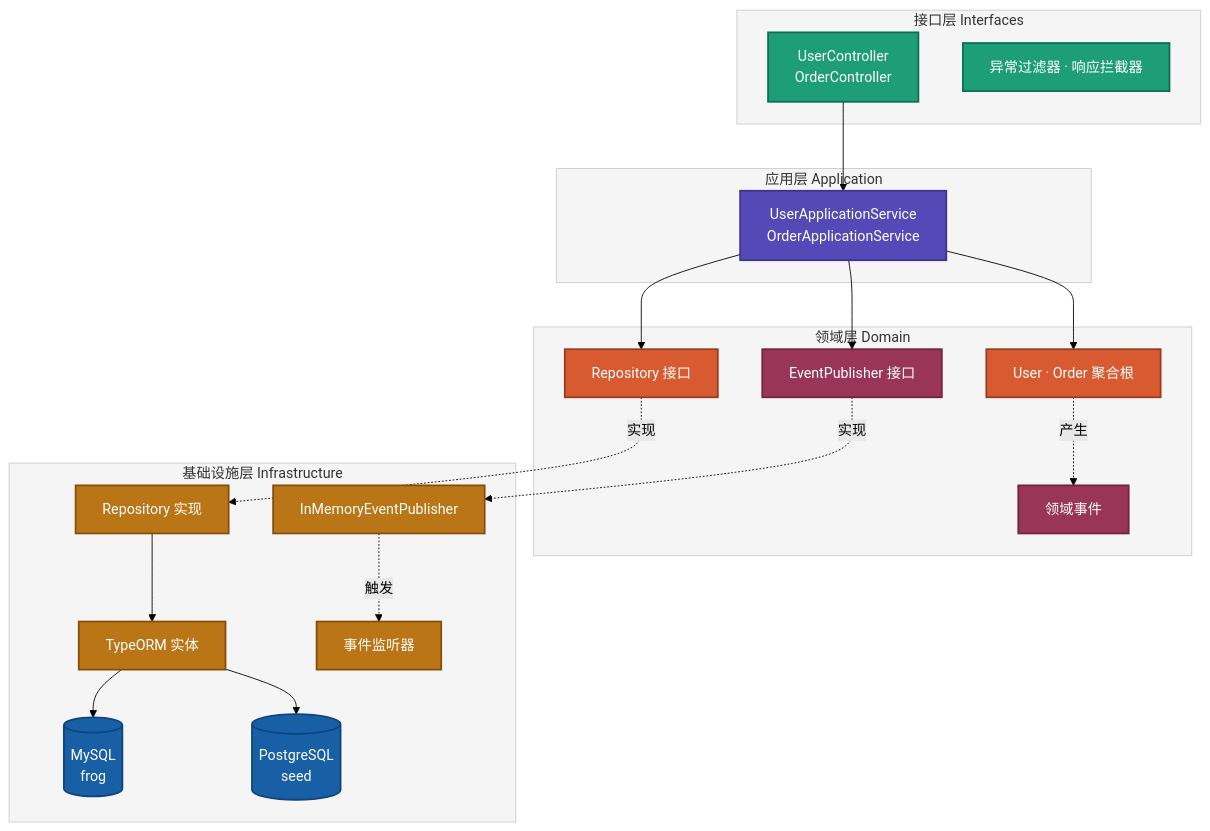
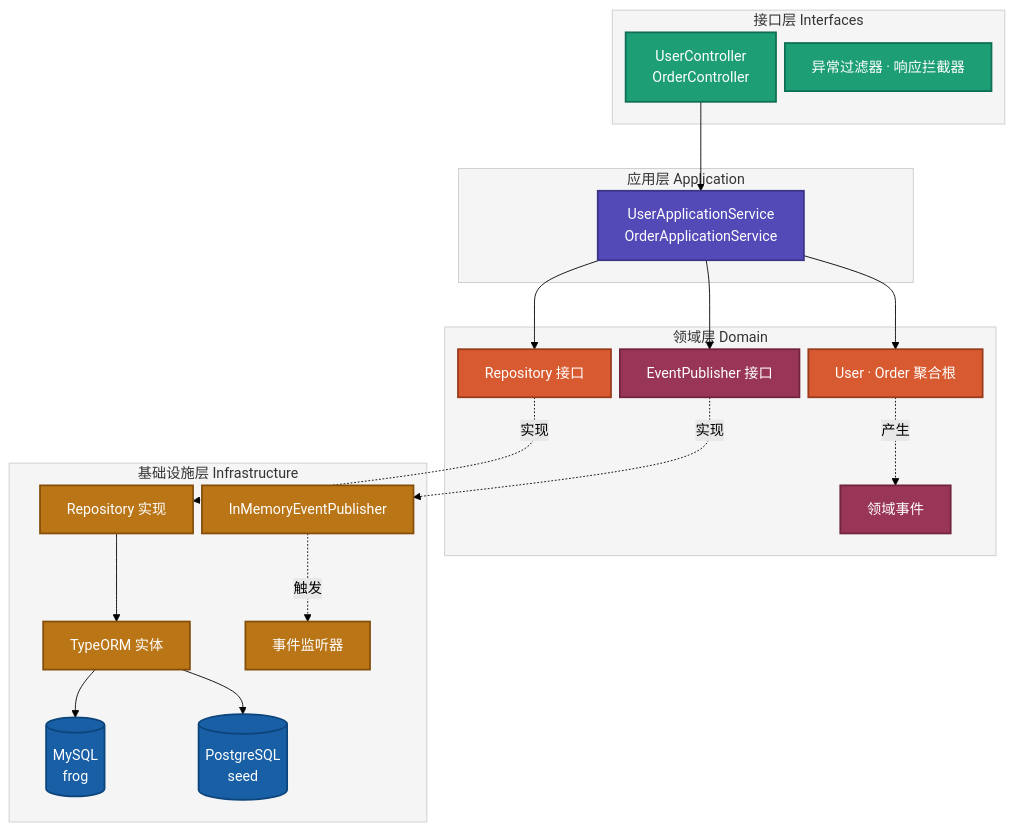
Before and after one commit to microwind/design-patterns: the second of 5 diagrams in practice-projects/nestjs-ddd/NestJS-DDD-Scaffold.md, drawn with Mermaid (forest theme). The commit also changed other lines of this file and 8 other files, not shown here.

````diff
--- a/practice-projects/nestjs-ddd/NestJS-DDD-Scaffold.md
+++ b/practice-projects/nestjs-ddd/NestJS-DDD-Scaffold.md
@@ -107,58 +105,59 @@
 ```mermaid
+%%{init: {'flowchart': {'nodeSpacing': 10, 'rankSpacing': 50}}}%%
 flowchart TB
     subgraph IF["接口层 Interfaces"]
         Controller["UserController<br/>OrderController"]
         Wrapper["异常过滤器 · 响应拦截器"]
     end
 
     subgraph APP["应用层 Application"]
         AppService["UserApplicationService<br/>OrderApplicationService"]
     end
 
     subgraph DOMAIN["领域层 Domain"]
         Aggregate["User · Order 聚合根"]
         RepoIF["Repository 接口"]
         Event["领域事件"]
         PubIF["EventPublisher 接口"]
     end
 
     subgraph INFRA["基础设施层 Infrastructure"]
         RepoImpl["Repository 实现"]
         OrmEntity["TypeORM 实体"]
         PubImpl["InMemoryEventPublisher"]
         Listener["事件监听器"]
         MySQL[("MySQL<br/>frog")]
         PG[("PostgreSQL<br/>seed")]
     end
 
     Controller --> AppService
     AppService --> Aggregate
     AppService --> RepoIF
     AppService --> PubIF
     Aggregate -. 产生 .-> Event
     RepoIF -. 实现 .-> RepoImpl
     PubIF -. 实现 .-> PubImpl
     RepoImpl --> OrmEntity
     OrmEntity --> MySQL
     OrmEntity --> PG
     PubImpl -. 触发 .-> Listener
 
     classDef if fill:#1D9E75,stroke:#0F6E56,color:#ffffff,stroke-width:2px
     classDef app fill:#534AB7,stroke:#3C3489,color:#ffffff,stroke-width:2px
     classDef domain fill:#D85A30,stroke:#993C1D,color:#ffffff,stroke-width:2px
     classDef infra fill:#BA7517,stroke:#854F0B,color:#ffffff,stroke-width:2px
     classDef db fill:#185FA5,stroke:#0C447C,color:#ffffff,stroke-width:2px
     classDef event fill:#993556,stroke:#72243E,color:#ffffff,stroke-width:2px
 
     class Controller,Wrapper if
     class AppService app
     class Aggregate,RepoIF domain
     class Event,PubIF event
     class RepoImpl,OrmEntity,PubImpl,Listener infra
     class MySQL,PG db
 
     style IF fill:#F5F5F5,stroke:#CCCCCC,color:#333333
     style APP fill:#F5F5F5,stroke:#CCCCCC,color:#333333
     style DOMAIN fill:#F5F5F5,stroke:#CCCCCC,color:#333333
     style INFRA fill:#F5F5F5,stroke:#CCCCCC,color:#333333
 ```
````
